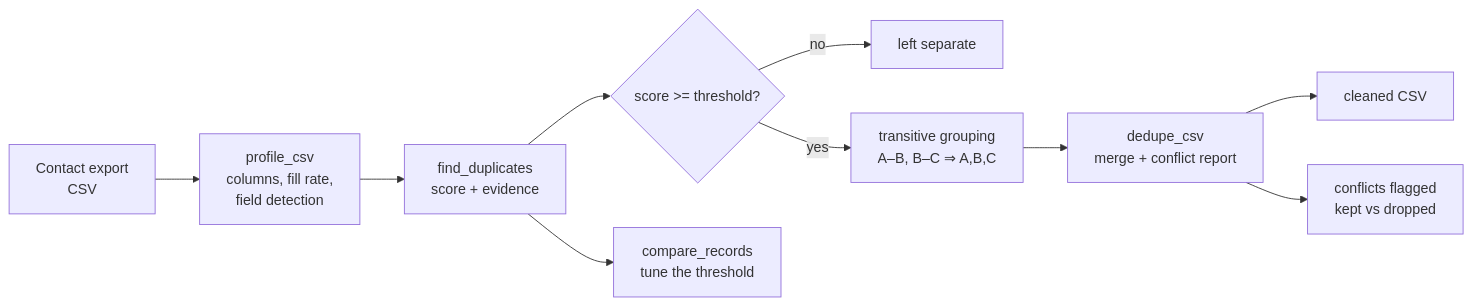
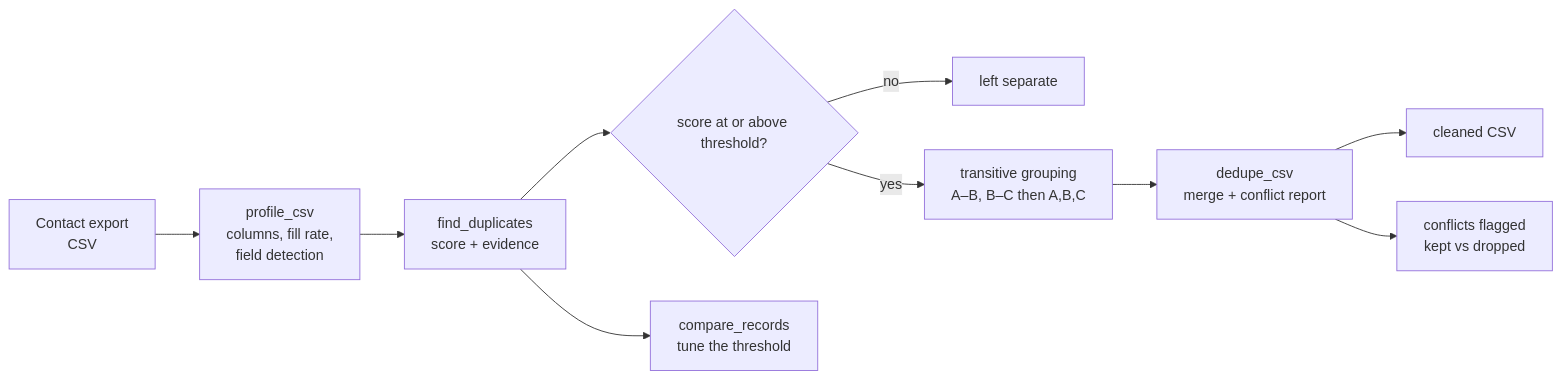
Before and after one commit to skmalikllc/contact-dedupe-mcp: the diagram in README.md, drawn with Mermaid.

Commit message:
Fix Mermaid label quoting

````diff
--- a/README.md
+++ b/README.md
@@ -80,12 +80,12 @@
 ```mermaid
 flowchart LR
-  A[Contact export<br/>CSV] --> B[profile_csv<br/>columns, fill rate,<br/>field detection]
-  B --> C[find_duplicates<br/>score + evidence]
-  C --> D{score >= threshold?}
-  D -- no --> E[left separate]
-  D -- yes --> F[transitive grouping<br/>A–B, B–C ⇒ A,B,C]
-  F --> G[dedupe_csv<br/>merge + conflict report]
-  G --> H[cleaned CSV]
-  G --> I[conflicts flagged<br/>kept vs dropped]
-  C --> J[compare_records<br/>tune the threshold]
+  A["Contact export<br/>CSV"] --> B["profile_csv<br/>columns, fill rate,<br/>field detection"]
+  B --> C["find_duplicates<br/>score + evidence"]
+  C --> D{"score at or above threshold?"}
+  D -- no --> E["left separate"]
+  D -- yes --> F["transitive grouping<br/>A–B, B–C then A,B,C"]
+  F --> G["dedupe_csv<br/>merge + conflict report"]
+  G --> H["cleaned CSV"]
+  G --> I["conflicts flagged<br/>kept vs dropped"]
+  C --> J["compare_records<br/>tune the threshold"]
 ```
````
